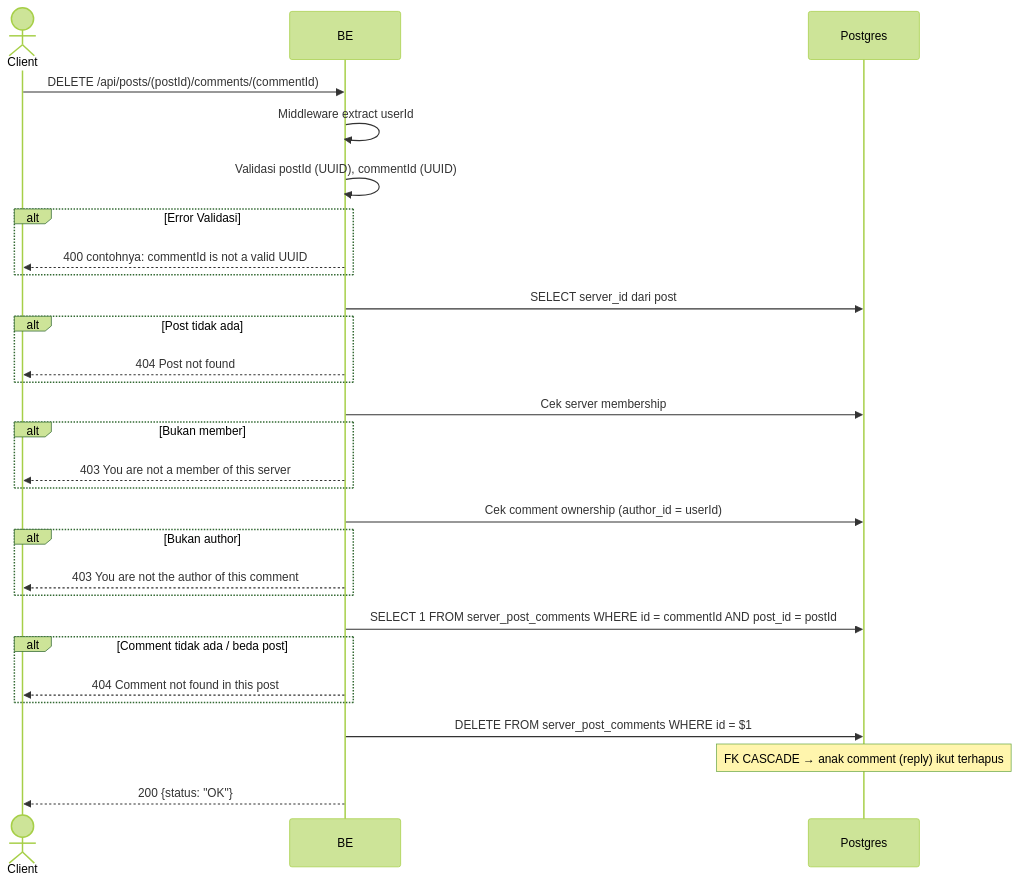
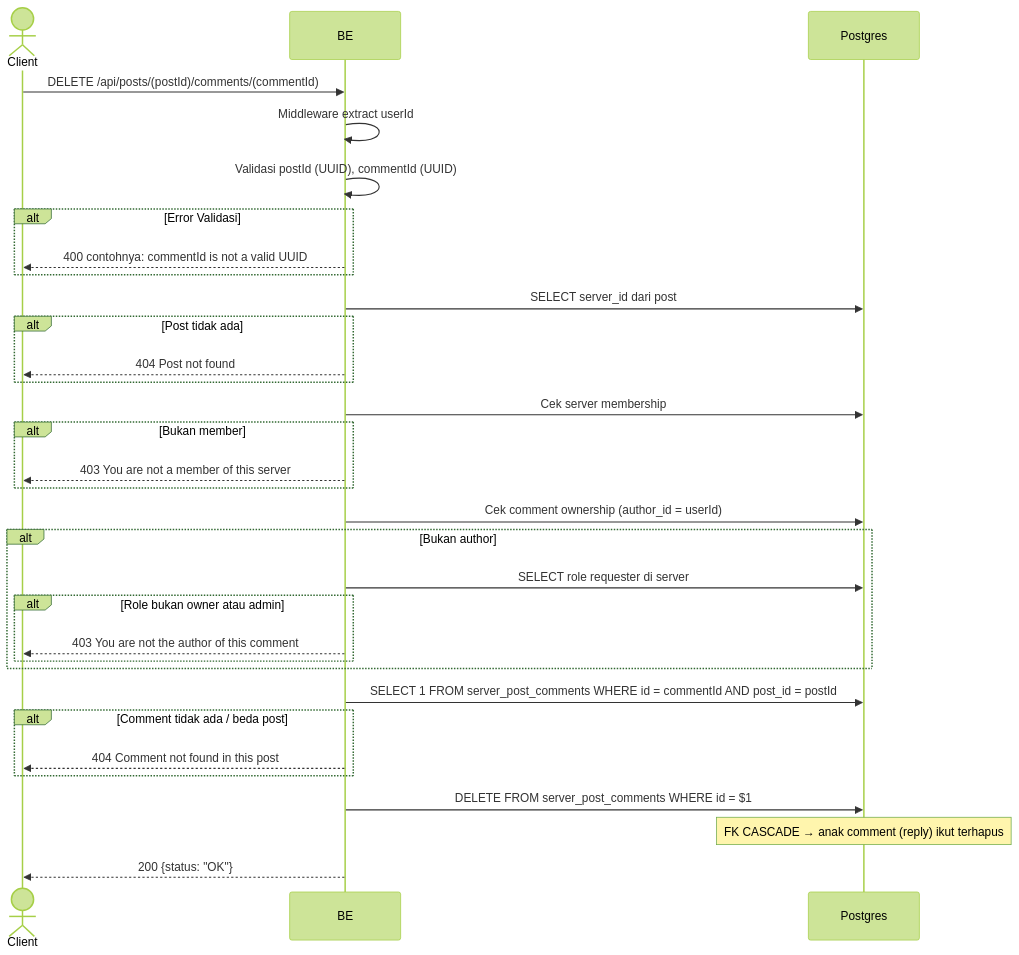
The diagram in docs/flows/id/delete_comment.md (ferdian3456/virdanproject), drawn with Mermaid (forest theme) before and after one commit. The commit also changed other lines of this file and 67 other files, not shown here.

First line of the commit message:
Audit and fix API flow docs; add missing Payment/Chat documentation (#42)

````diff
--- a/docs/flows/id/delete_comment.md
+++ b/docs/flows/id/delete_comment.md
@@ -13,32 +13,35 @@
 ```mermaid
 sequenceDiagram
     actor Client
     participant BE
     participant Postgres
 
     Client->>BE: DELETE /api/posts/(postId)/comments/(commentId)
     BE->>BE: Middleware extract userId
     BE->>BE: Validasi postId (UUID), commentId (UUID)
     alt Error Validasi
         BE-->>Client: 400 contohnya: commentId is not a valid UUID
     end
     BE->>Postgres: SELECT server_id dari post
     alt Post tidak ada
         BE-->>Client: 404 Post not found
     end
     BE->>Postgres: Cek server membership
     alt Bukan member
         BE-->>Client: 403 You are not a member of this server
     end
     BE->>Postgres: Cek comment ownership (author_id = userId)
     alt Bukan author
-        BE-->>Client: 403 You are not the author of this comment
+        BE->>Postgres: SELECT role requester di server
+        alt Role bukan owner atau admin
+            BE-->>Client: 403 You are not the author of this comment
+        end
     end
     BE->>Postgres: SELECT 1 FROM server_post_comments WHERE id = commentId AND post_id = postId
     alt Comment tidak ada / beda post
         BE-->>Client: 404 Comment not found in this post
     end
     BE->>Postgres: DELETE FROM server_post_comments WHERE id = $1
     note over Postgres: FK CASCADE → anak comment (reply) ikut terhapus
     BE-->>Client: 200 {status: "OK"}
 ```
````
